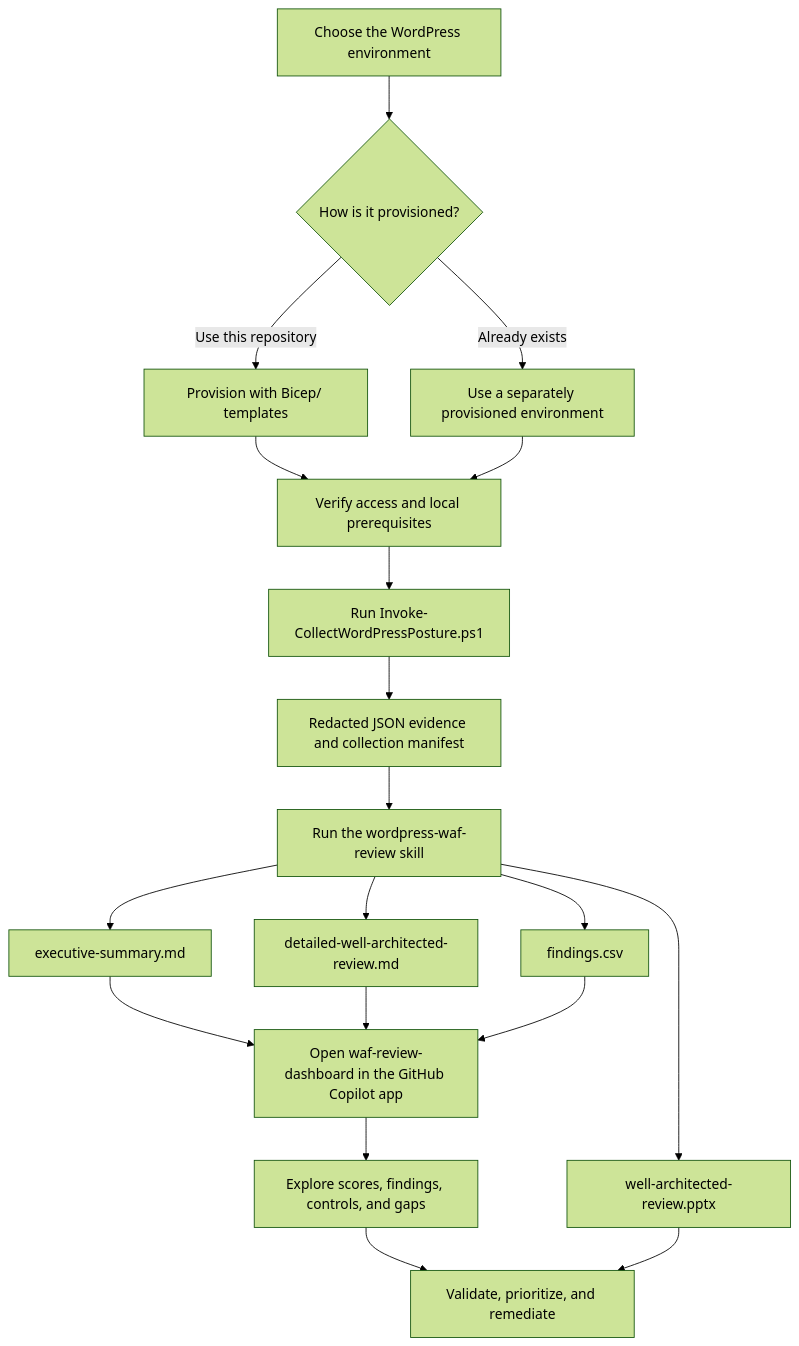
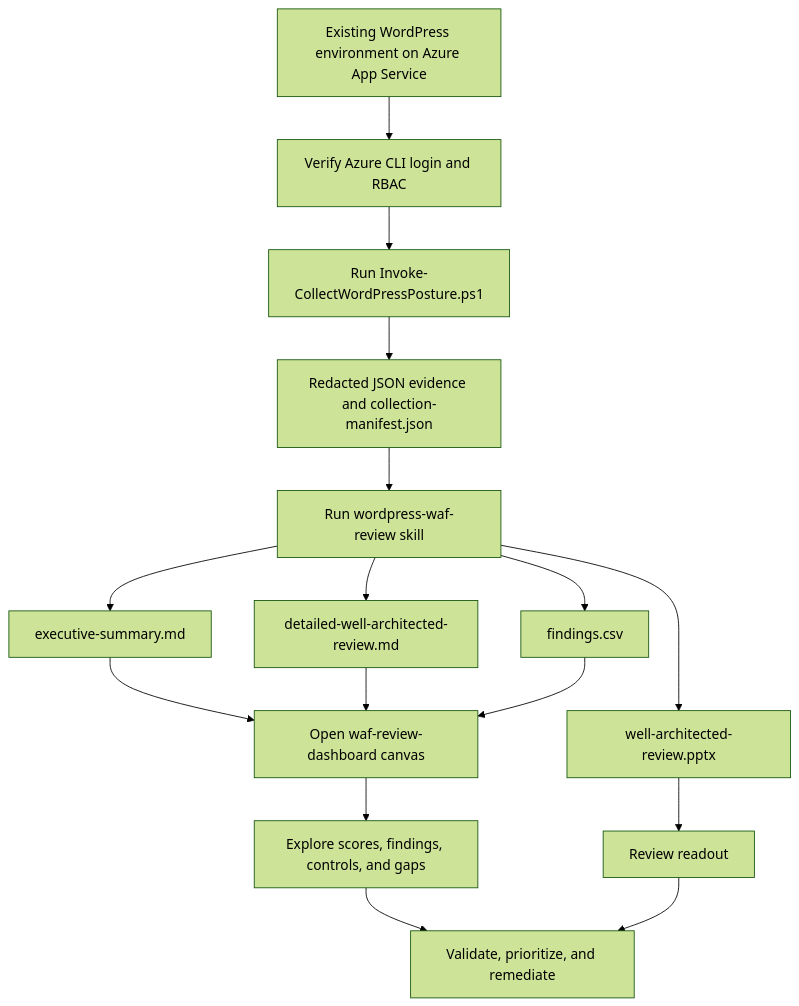
One commit to ahmedsza/AzureWPCanvas changed the diagram in README.md. Above: the diagram before and after it, drawn with Mermaid (forest theme). The commit also changed other lines of this file and 16 other files, not shown here.

First line of the commit message:
Add PowerShell scripts for WAF review workflow and pre-assessment data

````diff
--- a/README.md
+++ b/README.md
@@ -28,21 +45,18 @@
 ```mermaid
 flowchart TD
-  A[Choose the WordPress environment] --> B{How is it provisioned?}
-  B -->|Use this repository| C[Provision with Bicep/ templates]
-  B -->|Already exists| D[Use a separately provisioned environment]
-  C --> E[Verify access and local prerequisites]
-  D --> E
-  E --> F[Run Invoke-CollectWordPressPosture.ps1]
-  F --> G[Redacted JSON evidence and collection manifest]
-  G --> H[Run the wordpress-waf-review skill]
-  H --> I[executive-summary.md]
-  H --> J[detailed-well-architected-review.md]
-  H --> K[findings.csv]
-  H --> O[well-architected-review.pptx]
-  I --> L[Open waf-review-dashboard in the GitHub Copilot app]
-  J --> L
-  K --> L
-  L --> M[Explore scores, findings, controls, and gaps]
-  M --> N[Validate, prioritize, and remediate]
-  O --> N
+  A[Existing WordPress environment on Azure App Service] --> B[Verify Azure CLI login and RBAC]
+  B --> C[Run Invoke-CollectWordPressPosture.ps1]
+  C --> D[Redacted JSON evidence and collection-manifest.json]
+  D --> E[Run wordpress-waf-review skill]
+  E --> F[executive-summary.md]
+  E --> G[detailed-well-architected-review.md]
+  E --> H[findings.csv]
+  E --> I[well-architected-review.pptx]
+  F --> J[Open waf-review-dashboard canvas]
+  G --> J
+  H --> J
+  J --> K[Explore scores, findings, controls, and gaps]
+  I --> L[Review readout]
+  K --> M[Validate, prioritize, and remediate]
+  L --> M
 ```
````
